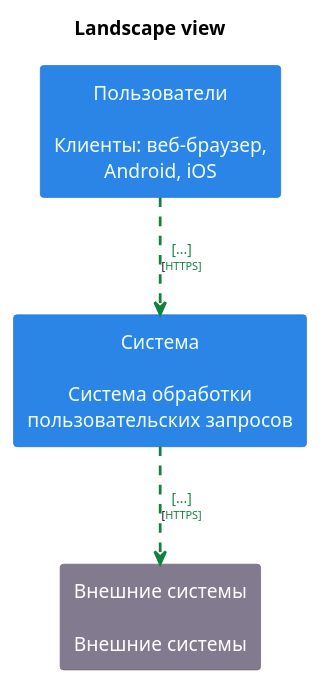
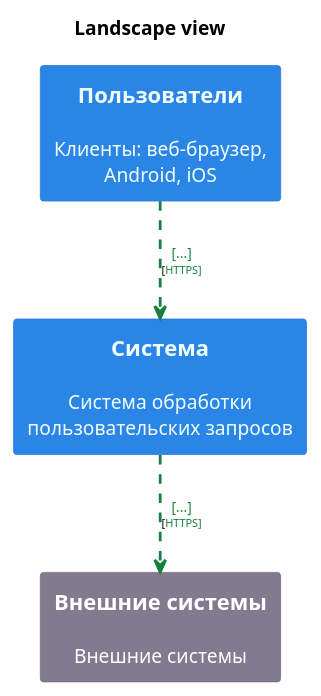
Before and after one commit to shelepovg/system-design-homework: the diagram in doc/схемы/index.puml, drawn with PlantUML. The commit also changed 10 other files, not shown here.

Commit message:
скорректировал схемы для для управления RBAC

```diff
--- a/doc/схемы/index.puml
+++ b/doc/схемы/index.puml
@@ -1,37 +1,37 @@
 @startuml
 title "Landscape view"
 top to bottom direction
 
 hide stereotype
 skinparam ranksep 60
 skinparam nodesep 30
 skinparam {
   arrowFontSize 10
   defaultTextAlignment center
   wrapWidth 200
   maxMessageSize 100
   shadowing false
 }
 
 skinparam rectangle<<Users>>{
   BackgroundColor #2b85e7
   FontColor #f1ffff
   BorderColor #1e73ce
 }
 skinparam rectangle<<System>>{
   BackgroundColor #2b85e7
   FontColor #f1ffff
   BorderColor #1e73ce
 }
 skinparam rectangle<<System_ext>>{
   BackgroundColor #827a8e
   FontColor #ffffff
   BorderColor #6c6477
 }
-rectangle "Пользователи\n\nКлиенты: веб-браузер, Android, iOS" <<Users>> as Users
-rectangle "Система\n\nСистема обработки пользовательских запросов" <<System>> as System
-rectangle "Внешние системы\n\nВнешние системы" <<System_ext>> as System_ext
+rectangle "==Пользователи\n\nКлиенты: веб-браузер, Android, iOS" <<Users>> as Users
+rectangle "==Система\n\nСистема обработки пользовательских запросов" <<System>> as System
+rectangle "==Внешние системы\n\nВнешние системы" <<System_ext>> as System_ext
 
 Users .[#15803d,thickness=2].> System : <color:#15803d>[...]\n<size:8>[<color:#15803d>HTTPS]</size>
 System .[#15803d,thickness=2].> System_ext : <color:#15803d>[...]\n<size:8>[<color:#15803d>HTTPS]</size>
 @enduml
```
